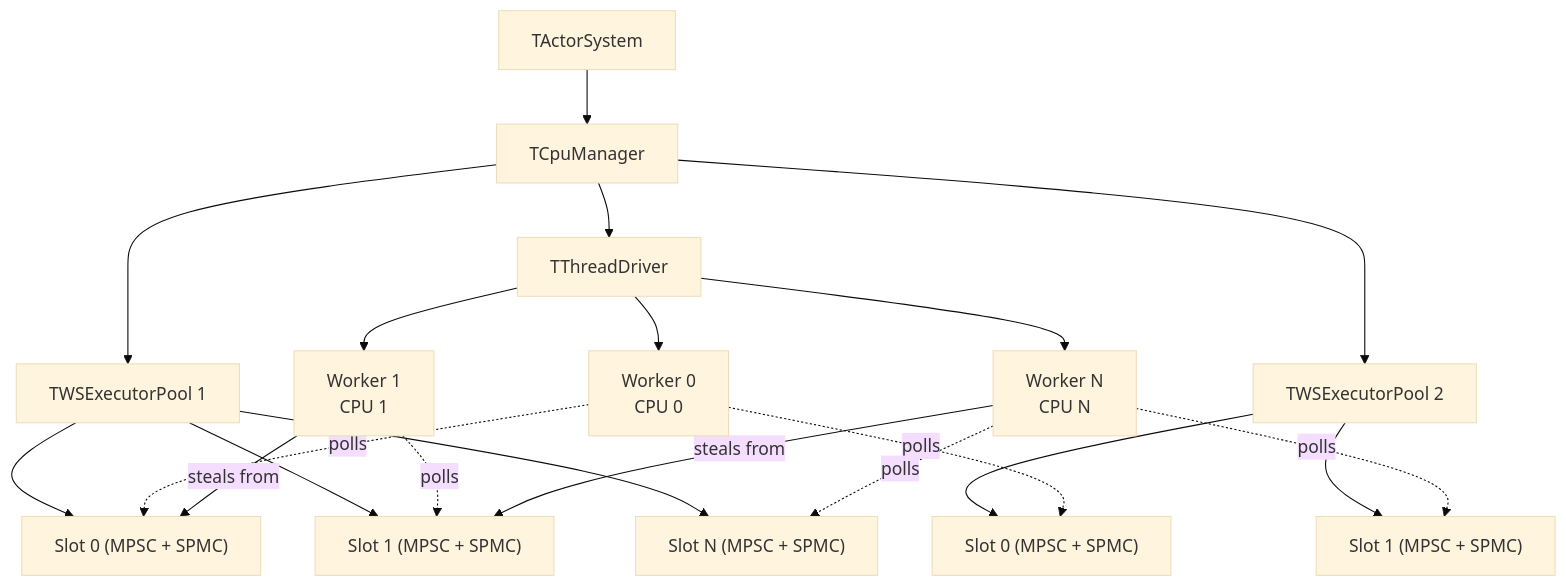
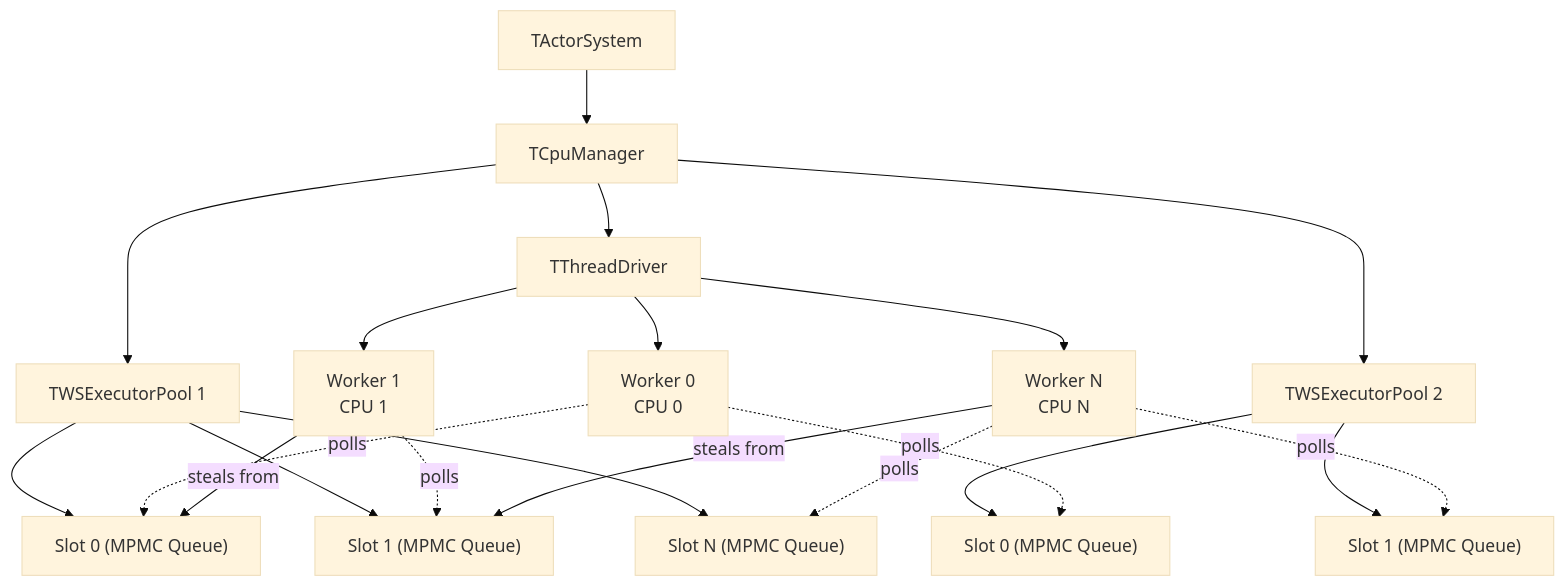
Before and after one commit to ak0rz/ydb: the first of 4 diagrams in ydb/library/actors/core/workstealing/doc/rfc.md, drawn with Mermaid (base theme). The commit also changed other lines of this file and 3 other files, not shown here.

````diff
--- a/ydb/library/actors/core/workstealing/doc/rfc.md
+++ b/ydb/library/actors/core/workstealing/doc/rfc.md
@@ -33,28 +34,28 @@
 ```mermaid
 graph TD
     AS[TActorSystem] --> PM[TCpuManager]
 
     PM --> P1[TWSExecutorPool 1]
     PM --> P2[TWSExecutorPool 2]
     PM --> DR[TThreadDriver]
 
-    P1 --> S1_0["Slot 0 (MPSC + SPMC)"]
-    P1 --> S1_1["Slot 1 (MPSC + SPMC)"]
-    P1 --> S1_N["Slot N (MPSC + SPMC)"]
+    P1 --> S1_0["Slot 0 (MPMC Queue)"]
+    P1 --> S1_1["Slot 1 (MPMC Queue)"]
+    P1 --> S1_N["Slot N (MPMC Queue)"]
 
-    P2 --> S2_0["Slot 0 (MPSC + SPMC)"]
-    P2 --> S2_1["Slot 1 (MPSC + SPMC)"]
+    P2 --> S2_0["Slot 0 (MPMC Queue)"]
+    P2 --> S2_1["Slot 1 (MPMC Queue)"]
 
     DR --> W0["Worker 0<br/>CPU 0"]
     DR --> W1["Worker 1<br/>CPU 1"]
     DR --> WN["Worker N<br/>CPU N"]
 
     W0 -.->|polls| S1_0
     W0 -.->|polls| S2_0
     W1 -.->|polls| S1_1
     WN -.->|polls| S1_N
     WN -.->|polls| S2_1
 
     W1 -->|steals from| S1_0
     WN -->|steals from| S1_1
 ```
````
